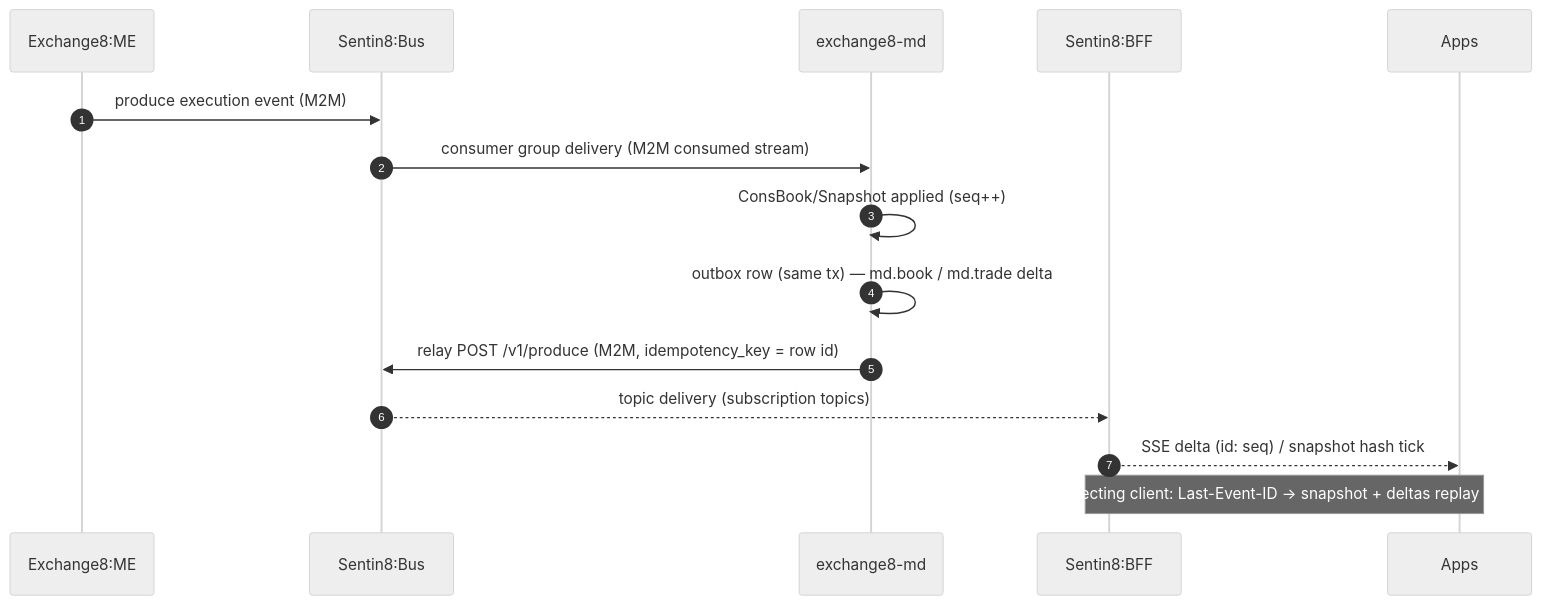
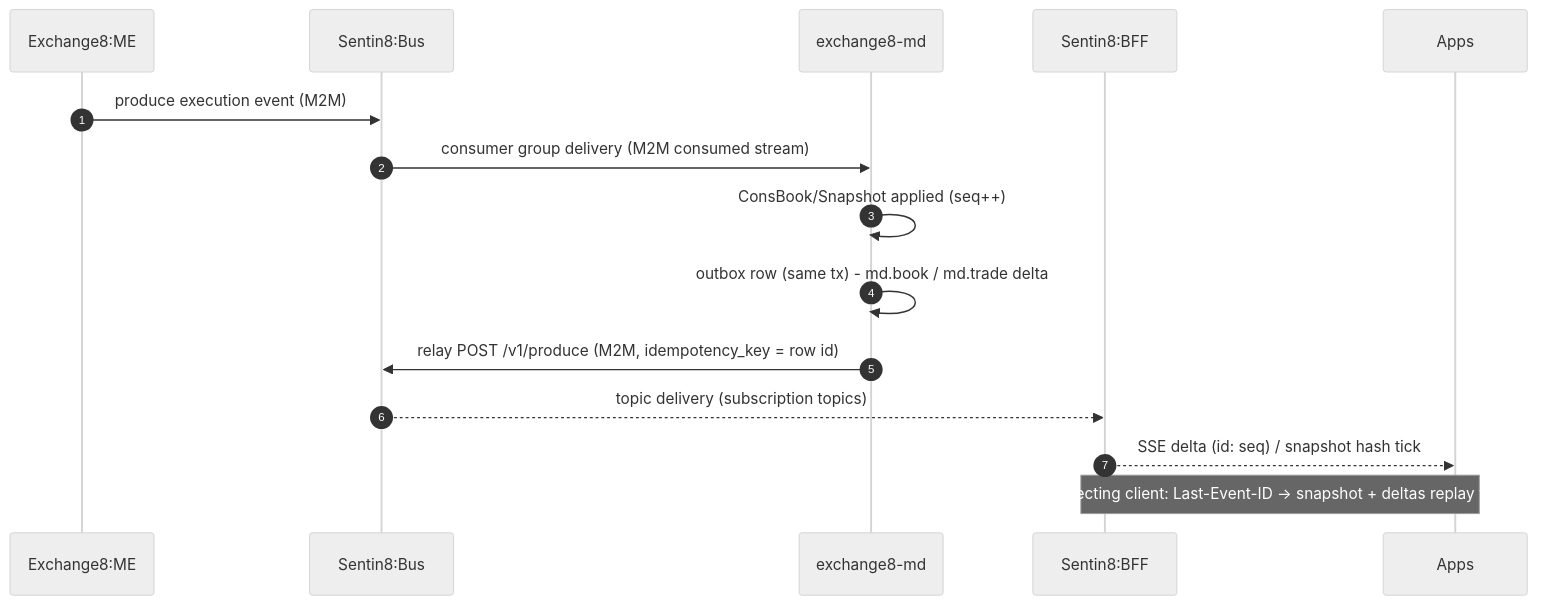
Diagram 12 of 17 in docs/products/md/design.md (Exchange8-dev/exchange8-site), drawn with Mermaid (neutral theme) before and after one commit. The commit also changed other lines of this file and 72 other files, not shown here.

````diff
--- a/docs/products/md/design.md
+++ b/docs/products/md/design.md
@@ -511,18 +511,18 @@
 ```mermaid
 sequenceDiagram
     autonumber
     participant ME as Exchange8:ME
     participant BUSI as Sentin8:Bus
     participant SV as exchange8-md
     participant BFF2 as Sentin8:BFF
     participant APPS as Apps
 
     ME->>BUSI: produce execution event (M2M)
     BUSI->>SV: consumer group delivery (M2M consumed stream)
     SV->>SV: ConsBook/Snapshot applied (seq++)
-    SV->>SV: outbox row (same tx) — md.book / md.trade delta
+    SV->>SV: outbox row (same tx) - md.book / md.trade delta
     SV->>BUSI: relay POST /v1/produce (M2M, idempotency_key = row id)
     BUSI-->>BFF2: topic delivery (subscription topics)
     BFF2-->>APPS: SSE delta (id: seq) / snapshot hash tick
     Note over BFF2,APPS: reconnecting client: Last-Event-ID → snapshot + deltas replay window
 ```
````
